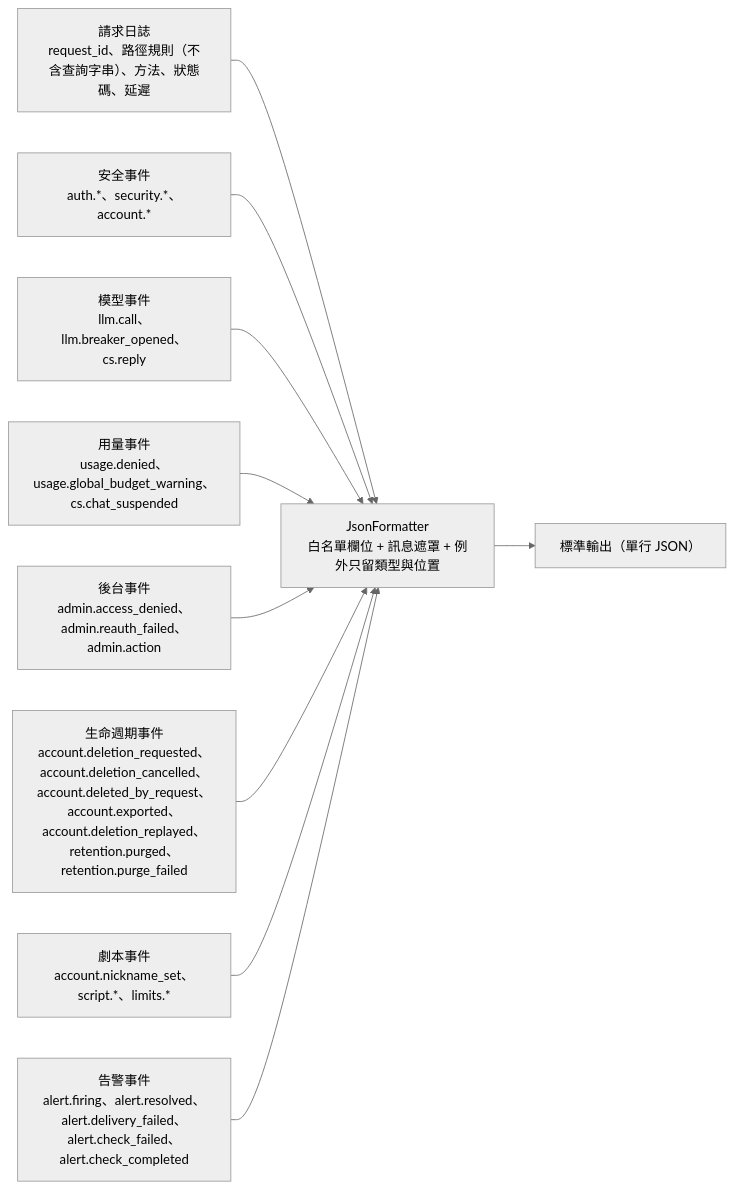
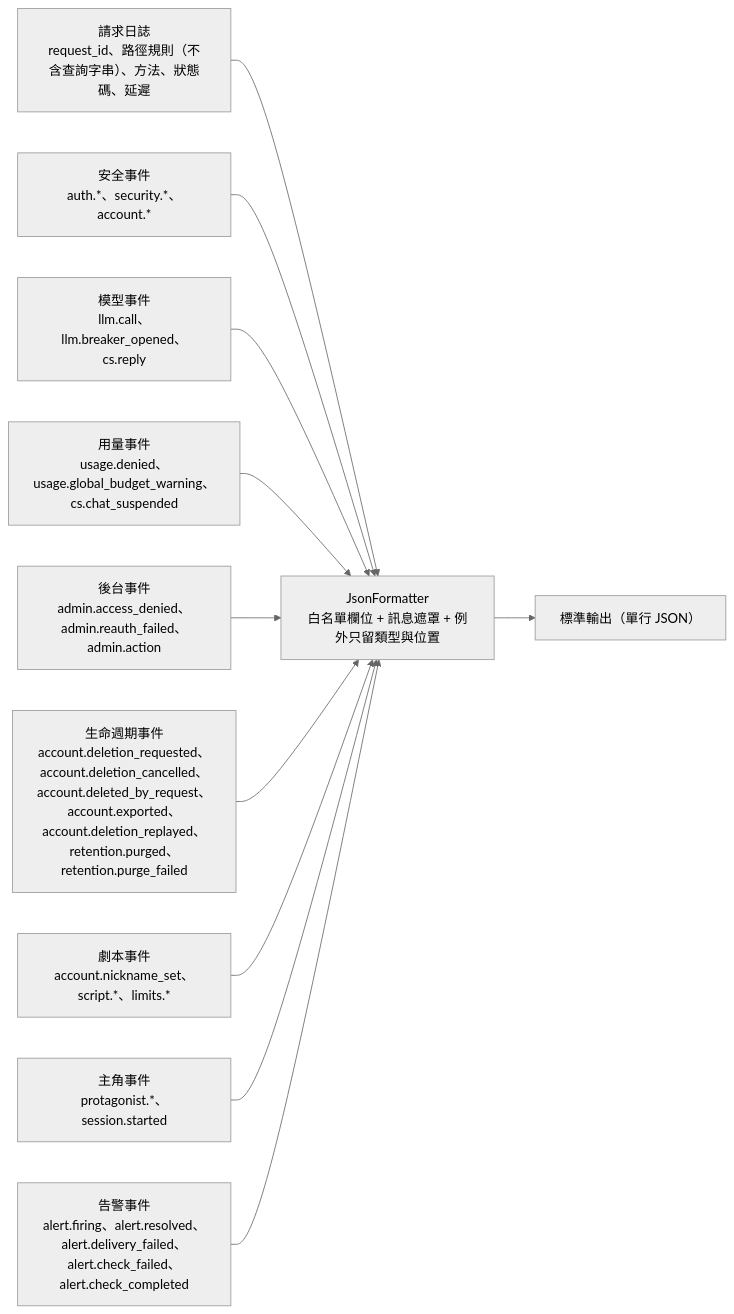
Before and after one commit to pp466pp466/R.A.C: the fifth of 6 diagrams in docs/營運與部署-operations.md, drawn with Mermaid (neutral theme). The commit also changed other lines of this file and 69 other files, not shown here.

````diff
--- a/docs/營運與部署-operations.md
+++ b/docs/營運與部署-operations.md
@@ -176,12 +177,13 @@
 ```mermaid
 flowchart LR
     Req["請求日誌<br/>request_id、路徑規則（不含查詢字串）、方法、狀態碼、延遲"] --> Fmt
     Sec["安全事件<br/>auth.*、security.*、account.*"] --> Fmt
     Llm["模型事件<br/>llm.call、llm.breaker_opened、cs.reply"] --> Fmt
     Use["用量事件<br/>usage.denied、usage.global_budget_warning、cs.chat_suspended"] --> Fmt
     Adm["後台事件<br/>admin.access_denied、admin.reauth_failed、admin.action"] --> Fmt
     Lif["生命週期事件<br/>account.deletion_requested、account.deletion_cancelled、account.deleted_by_request、account.exported、account.deletion_replayed、retention.purged、retention.purge_failed"] --> Fmt
     Scr["劇本事件<br/>account.nickname_set、script.*、limits.*"] --> Fmt
+    Pro["主角事件<br/>protagonist.*、session.started"] --> Fmt
     Alr["告警事件<br/>alert.firing、alert.resolved、alert.delivery_failed、alert.check_failed、alert.check_completed"] --> Fmt
     Fmt["JsonFormatter<br/>白名單欄位 + 訊息遮罩 + 例外只留類型與位置"] --> Out["標準輸出（單行 JSON）"]
 ```
````
